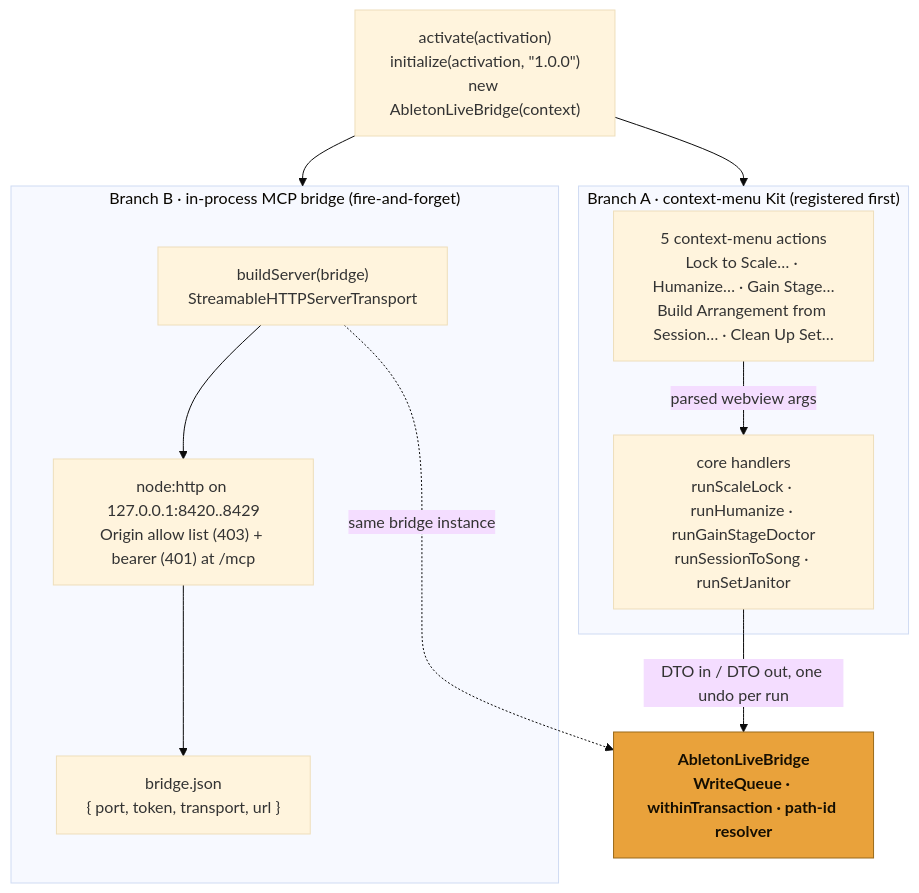
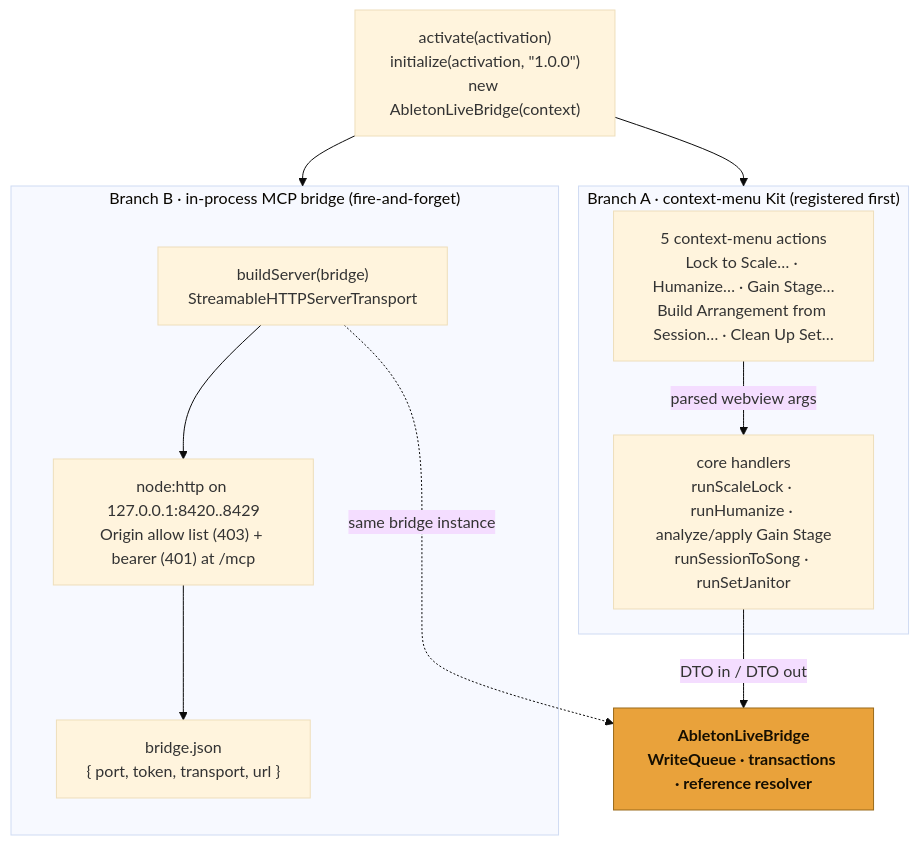
One commit to OthmanAdi/loophole changed the diagram in packages/extension/README.md. Above: the diagram before and after it, drawn with Mermaid (base theme). The commit also changed other lines of this file and 43 other files, not shown here.

````diff
--- a/packages/extension/README.md
+++ b/packages/extension/README.md
@@ -51,25 +49,25 @@
 ```mermaid
 flowchart TB
     activate["activate(activation)<br/>initialize(activation, &quot;1.0.0&quot;)<br/>new AbletonLiveBridge(context)"]
 
     subgraph commands["Branch A · context-menu Kit (registered first)"]
         actions["5 context-menu actions<br/>Lock to Scale… · Humanize… · Gain Stage…<br/>Build Arrangement from Session… · Clean Up Set…"]
-        handlers["core handlers<br/>runScaleLock · runHumanize · runGainStageDoctor<br/>runSessionToSong · runSetJanitor"]
+        handlers["core handlers<br/>runScaleLock · runHumanize · analyze/apply Gain Stage<br/>runSessionToSong · runSetJanitor"]
         actions -- "parsed webview args" --> handlers
     end
 
     subgraph server["Branch B · in-process MCP bridge (fire-and-forget)"]
         build["buildServer(bridge)<br/>StreamableHTTPServerTransport"]
         http["node:http on 127.0.0.1:8420..8429<br/>Origin allow list (403) + bearer (401) at /mcp"]
         disco["bridge.json<br/>{ port, token, transport, url }"]
         build --> http --> disco
     end
 
     activate --> commands
     activate --> server
-    handlers -- "DTO in / DTO out, one undo per run" --> bridgeNode["AbletonLiveBridge<br/>WriteQueue · withinTransaction · path-id resolver"]
+    handlers -- "DTO in / DTO out" --> bridgeNode["AbletonLiveBridge<br/>WriteQueue · transactions · reference resolver"]
     build -. "same bridge instance" .-> bridgeNode
 
     classDef accent fill:#E9A23B,stroke:#9A6A1A,color:#160F02,font-weight:bold;
     class bridgeNode accent;
 ```
````
